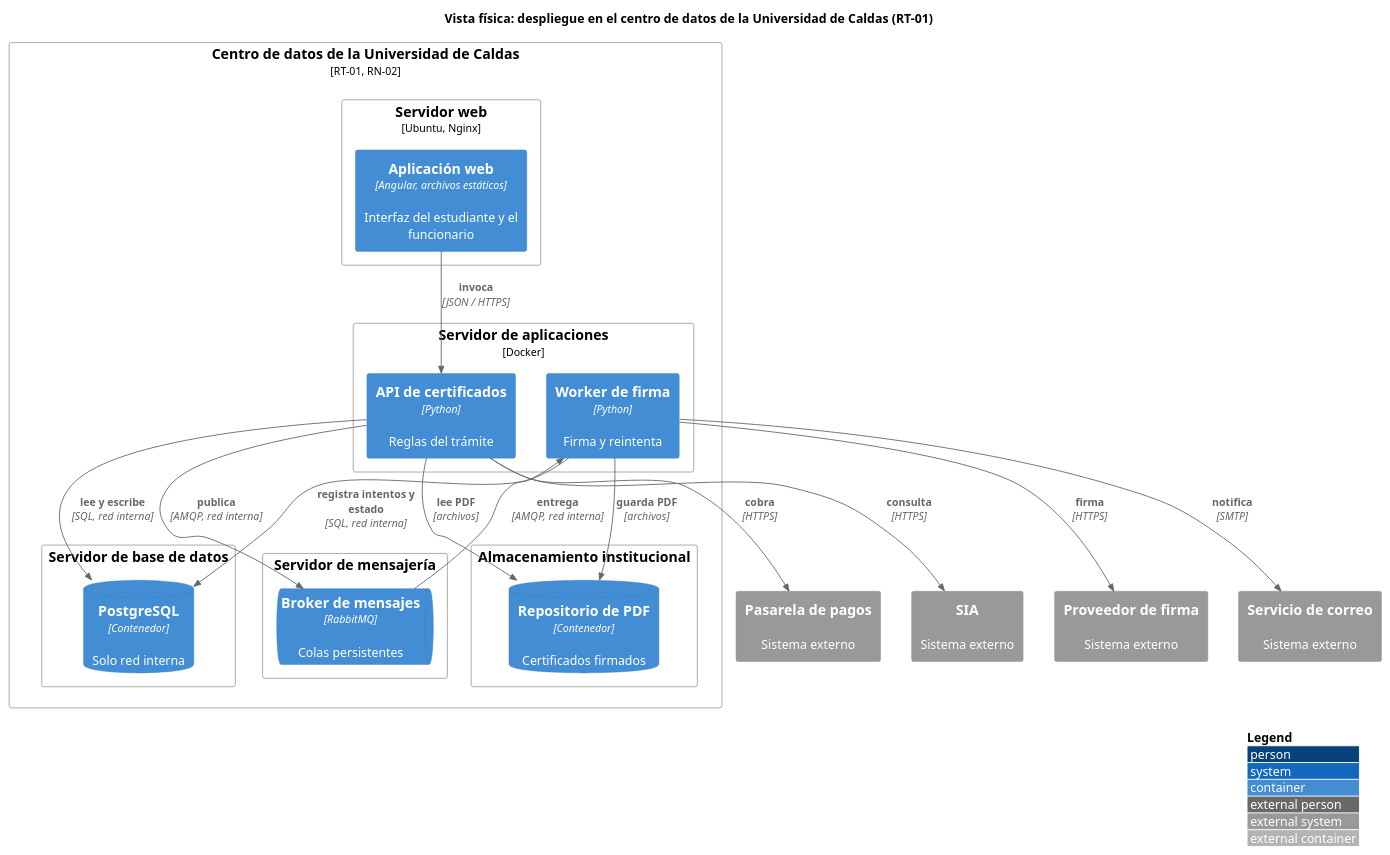
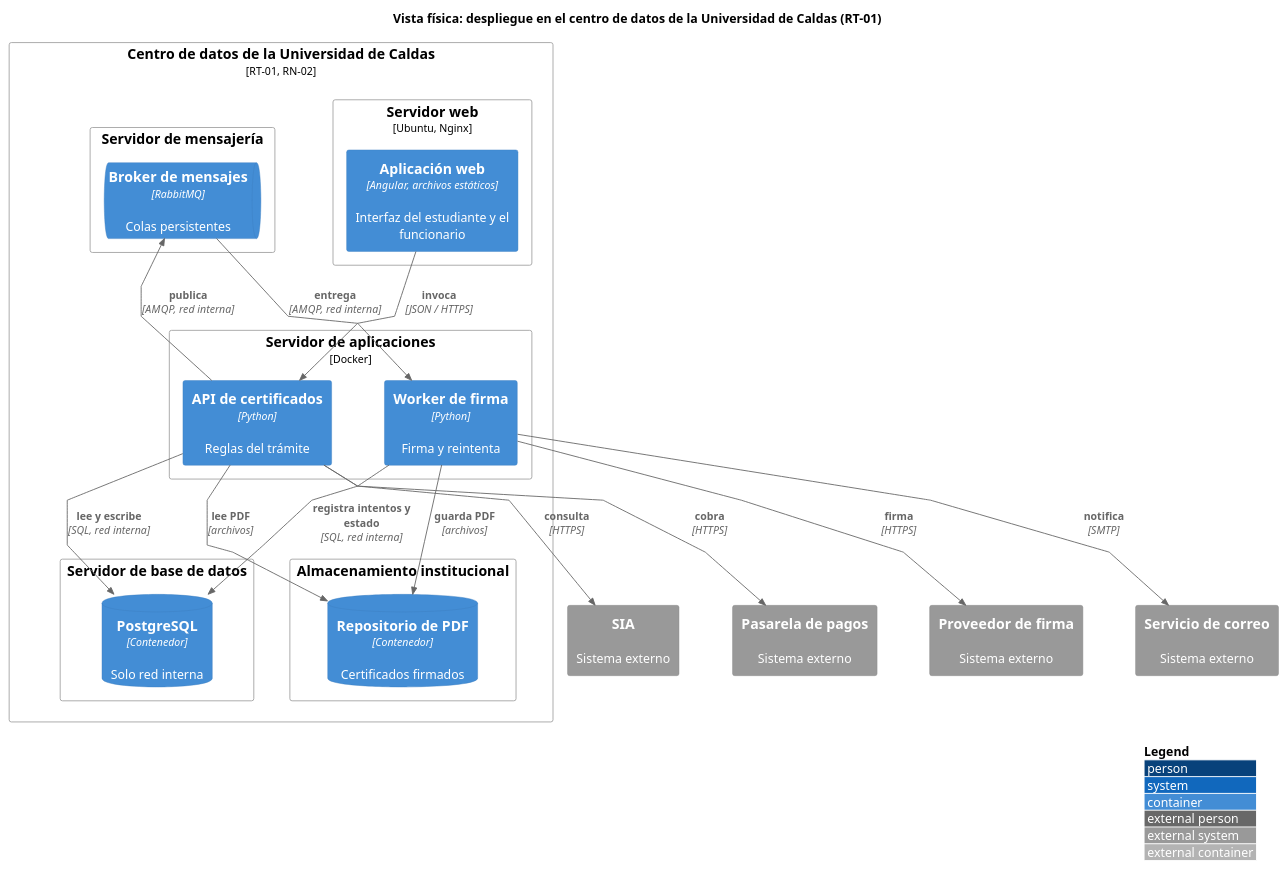
One commit to johnny9052/certificados changed the diagram in docs/diagramas/04-fisica.puml. Above: the diagram before and after it, drawn with PlantUML. The commit also changed 38 other files, not shown here.

```diff
--- a/docs/diagramas/04-fisica.puml
+++ b/docs/diagramas/04-fisica.puml
@@ -1,41 +1,49 @@
 @startuml fisica
 !include <C4/C4_Deployment>
 LAYOUT_WITH_LEGEND()
+skinparam linetype polyline
+skinparam nodesep 60
+skinparam ranksep 80
 title Vista física: despliegue en el centro de datos de la Universidad de Caldas (RT-01)
 
 Deployment_Node(cd, "Centro de datos de la Universidad de Caldas", "RT-01, RN-02") {
   Deployment_Node(web, "Servidor web", "Ubuntu, Nginx") {
     Container(app, "Aplicación web", "Angular, archivos estáticos", "Interfaz del estudiante y el funcionario")
   }
   Deployment_Node(apps, "Servidor de aplicaciones", "Docker") {
     Container(api, "API de certificados", "Python", "Reglas del trámite")
     Container(worker, "Worker de firma", "Python", "Firma y reintenta")
   }
   Deployment_Node(msg, "Servidor de mensajería") {
     ContainerQueue(broker, "Broker de mensajes", "RabbitMQ", "Colas persistentes")
   }
   Deployment_Node(dbn, "Servidor de base de datos") {
     ContainerDb(db, "PostgreSQL", "Contenedor", "Solo red interna")
   }
   Deployment_Node(alm, "Almacenamiento institucional") {
     ContainerDb(pdf, "Repositorio de PDF", "Contenedor", "Certificados firmados")
   }
 }
 
+System_Ext(sia, "SIA", "Sistema externo")
 System_Ext(pagos, "Pasarela de pagos", "Sistema externo")
 System_Ext(firma, "Proveedor de firma", "Sistema externo")
 System_Ext(correo, "Servicio de correo", "Sistema externo")
-System_Ext(sia, "SIA", "Sistema externo")
 
-Rel(app, api, "invoca", "JSON / HTTPS")
-Rel(api, broker, "publica", "AMQP, red interna")
-Rel(broker, worker, "entrega", "AMQP, red interna")
-Rel(api, db, "lee y escribe", "SQL, red interna")
-Rel(worker, db, "registra intentos y estado", "SQL, red interna")
-Rel(worker, pdf, "guarda PDF", "archivos")
-Rel(api, pdf, "lee PDF", "archivos")
-Rel(api, pagos, "cobra", "HTTPS")
-Rel(api, sia, "consulta", "HTTPS")
-Rel(worker, firma, "firma", "HTTPS")
-Rel(worker, correo, "notifica", "SMTP")
+Lay_R(api, worker)
+Lay_R(sia, pagos)
+Lay_R(pagos, firma)
+Lay_R(firma, correo)
+
+Rel_D(app, api, "invoca", "JSON / HTTPS")
+Rel_R(api, broker, "publica", "AMQP, red interna")
+Rel_D(broker, worker, "entrega", "AMQP, red interna")
+Rel_D(api, db, "lee y escribe", "SQL, red interna")
+Rel_D(worker, db, "registra intentos y estado", "SQL, red interna")
+Rel_D(api, pdf, "lee PDF", "archivos")
+Rel_D(worker, pdf, "guarda PDF", "archivos")
+Rel_D(api, sia, "consulta", "HTTPS")
+Rel_D(api, pagos, "cobra", "HTTPS")
+Rel_D(worker, firma, "firma", "HTTPS")
+Rel_D(worker, correo, "notifica", "SMTP")
 @enduml
```
